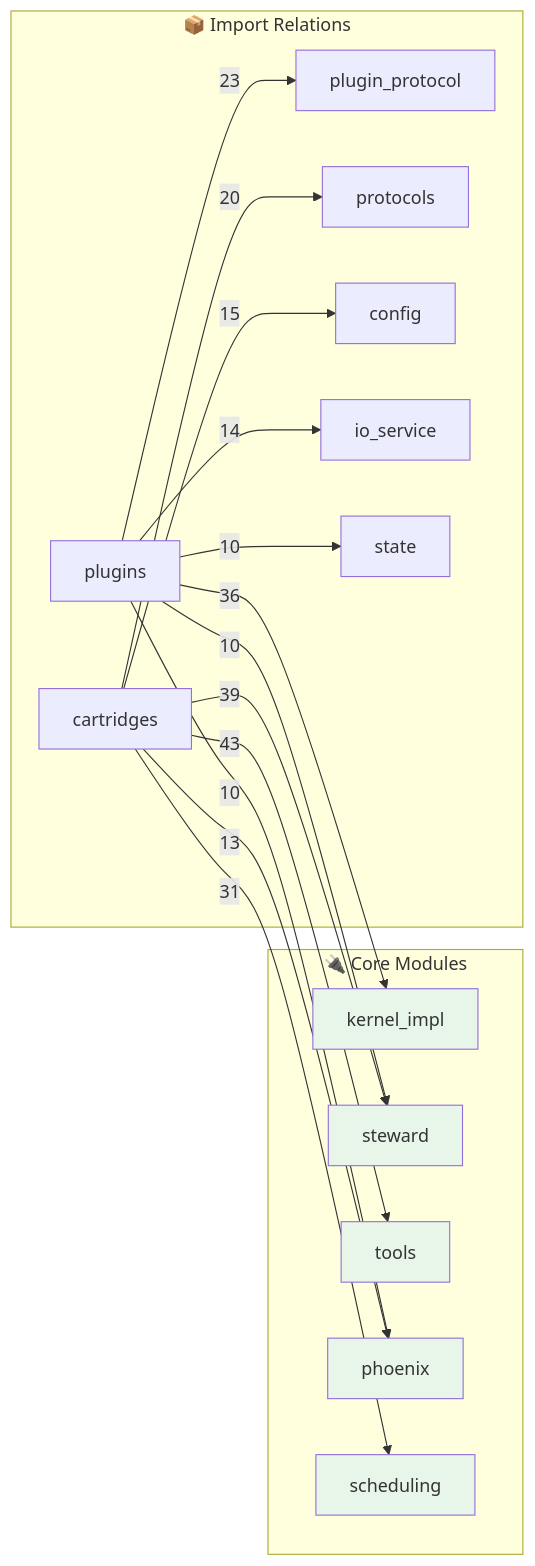
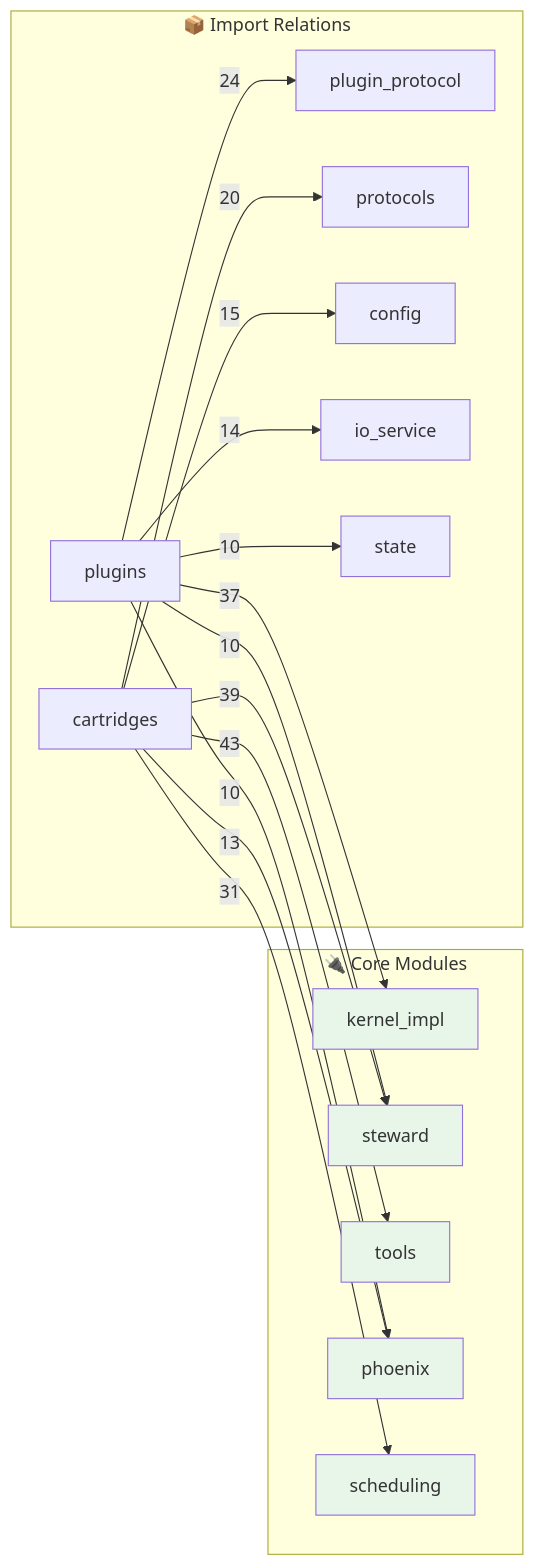
Before and after one commit to kimeisele/steward-protocol: the second of 2 diagrams in OPUS.md, drawn with Mermaid. The commit also changed other lines of this file and 19 other files, not shown here.

````diff
--- a/OPUS.md
+++ b/OPUS.md
@@ -504,31 +510,31 @@
 ```mermaid
 flowchart LR
     subgraph Core["🔌 Core Modules"]
         kernel_impl[kernel_impl]
         steward[steward]
         tools[tools]
         phoenix[phoenix]
         scheduling[scheduling]
     end
 
     subgraph Edges["📦 Import Relations"]
         cartridges -->|43| tools
         cartridges -->|39| steward
-        plugins -->|36| kernel_impl
+        plugins -->|37| kernel_impl
         cartridges -->|31| scheduling
-        plugins -->|23| plugin_protocol
+        plugins -->|24| plugin_protocol
         cartridges -->|20| protocols
         cartridges -->|15| config
         plugins -->|14| io_service
         cartridges -->|13| phoenix
         plugins -->|10| phoenix
         plugins -->|10| state
         plugins -->|10| steward
     end
 
     style kernel_impl fill:#e8f5e9
     style steward fill:#e8f5e9
     style tools fill:#e8f5e9
     style phoenix fill:#e8f5e9
     style scheduling fill:#e8f5e9
 ```
````
